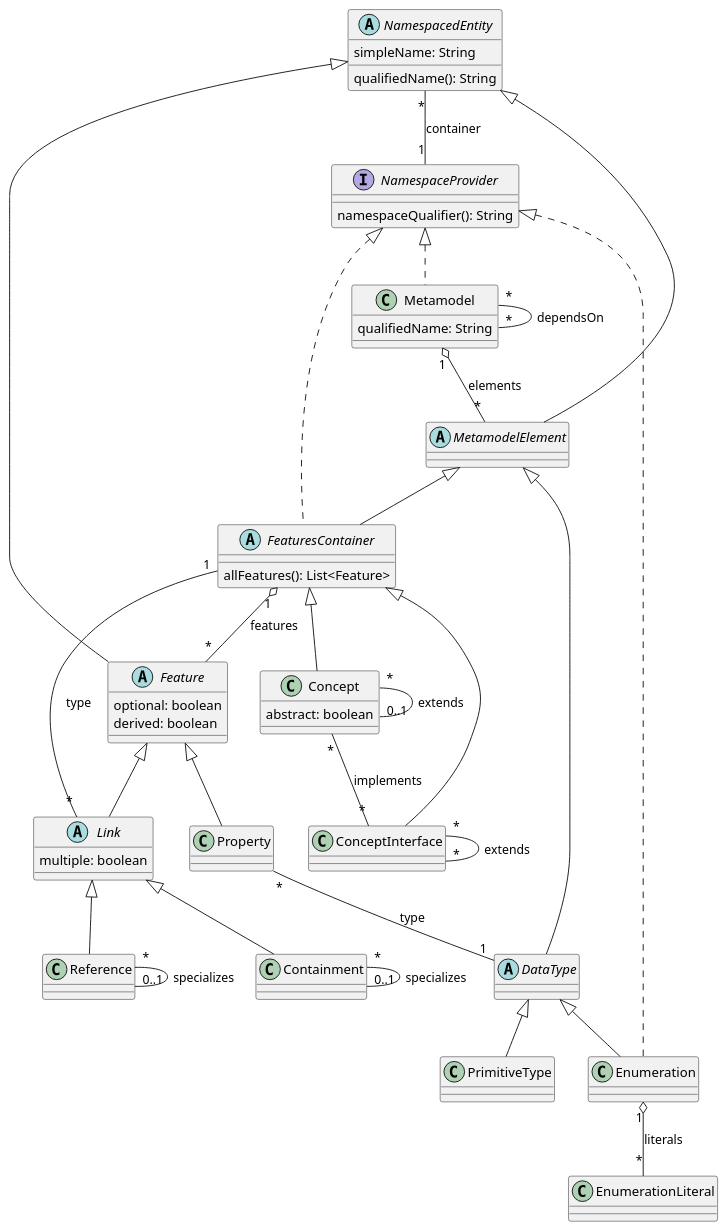
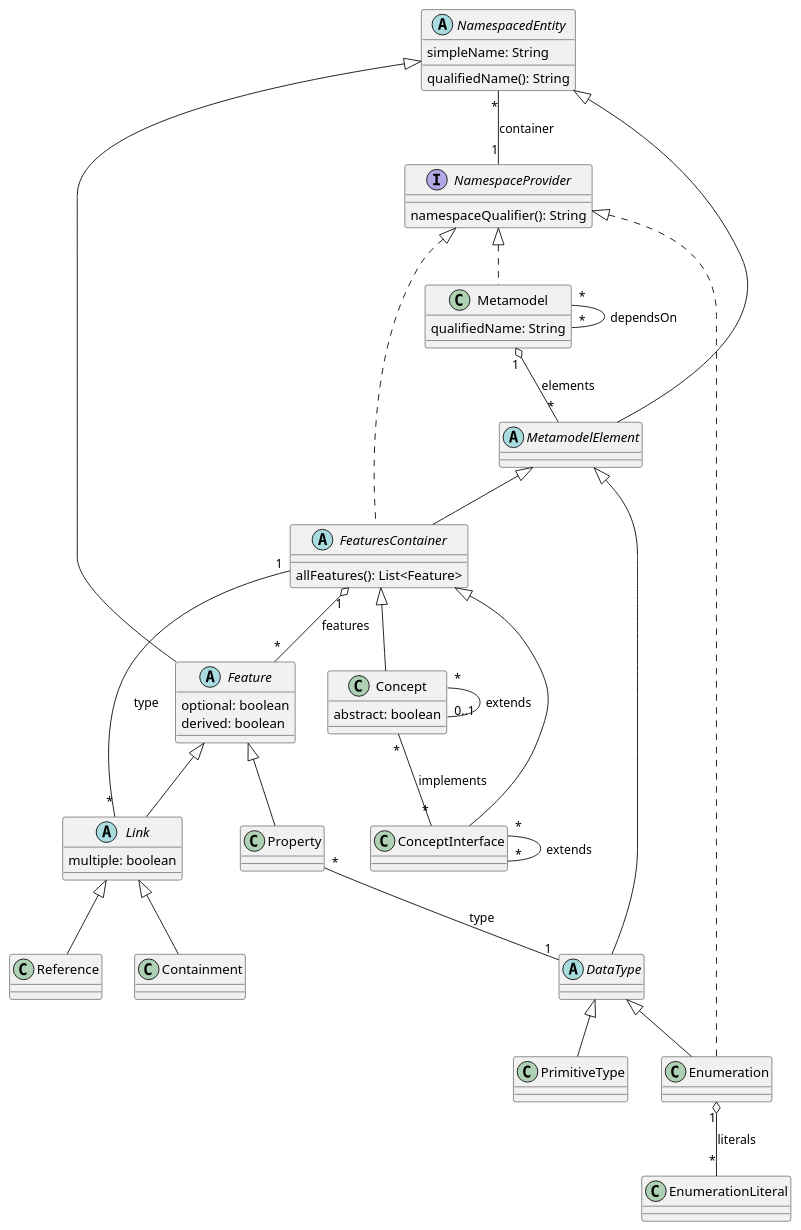
Before and after one commit to LionWeb-io/lionweb-typescript: the diagram in diagrams/metametamodel-gen.puml, drawn with PlantUML. The commit also changed 3 other files, not shown here.

Commit message:
remove all traces of Typedef and of {Containment|Reference}.specializes

```diff
--- a/diagrams/metametamodel-gen.puml
+++ b/diagrams/metametamodel-gen.puml
@@ -1,87 +1,83 @@
 @startuml
 
 ' qualified name: "lioncore"
 
 
 class Concept extends FeaturesContainer {
   abstract: boolean
 }
 
 class ConceptInterface extends FeaturesContainer
 
 class Containment extends Link
 
 abstract class DataType extends MetamodelElement
 
 class Enumeration extends DataType implements NamespaceProvider
 
 abstract class Feature extends NamespacedEntity {
   optional: boolean
   derived: boolean
 }
 
 abstract class FeaturesContainer extends MetamodelElement implements NamespaceProvider {
   allFeatures(): List<Feature>
 }
 
 ' primitive type: "JSON"
 
 abstract class Link extends Feature {
   multiple: boolean
 }
 
 class Metamodel implements NamespaceProvider {
   qualifiedName: String
 }
 
 abstract class MetamodelElement extends NamespacedEntity
 
 interface NamespaceProvider {
   namespaceQualifier(): String
 }
 
 abstract class NamespacedEntity {
   simpleName: String
   qualifiedName(): String
 }
 
 class PrimitiveType extends DataType
 
 class Property extends Feature
 
 class Reference extends Link
 
 ' primitive type: "String"
 
 ' primitive type: "boolean"
 
 ' primitive type: "int"
 
 
 
 ' relations:
 
 Concept "*" -- "0..1" Concept: extends
 Concept "*" -- "*" ConceptInterface: implements
 
 ConceptInterface "*" -- "*" ConceptInterface: extends
 
-Containment "*" -- "0..1" Containment: specializes
-
 Enumeration "1" o-- "*" EnumerationLiteral: literals
 
 FeaturesContainer "1" o-- "*" Feature: features
 
 Link "*" -- "1" FeaturesContainer: type
 
 Metamodel "1" o-- "*" MetamodelElement: elements
 Metamodel "*" -- "*" Metamodel: dependsOn
 
 NamespacedEntity "*" -- "1" NamespaceProvider: container
 
 Property "*" -- "1" DataType: type
 
-Reference "*" -- "0..1" Reference: specializes
-
 
 @enduml
```
